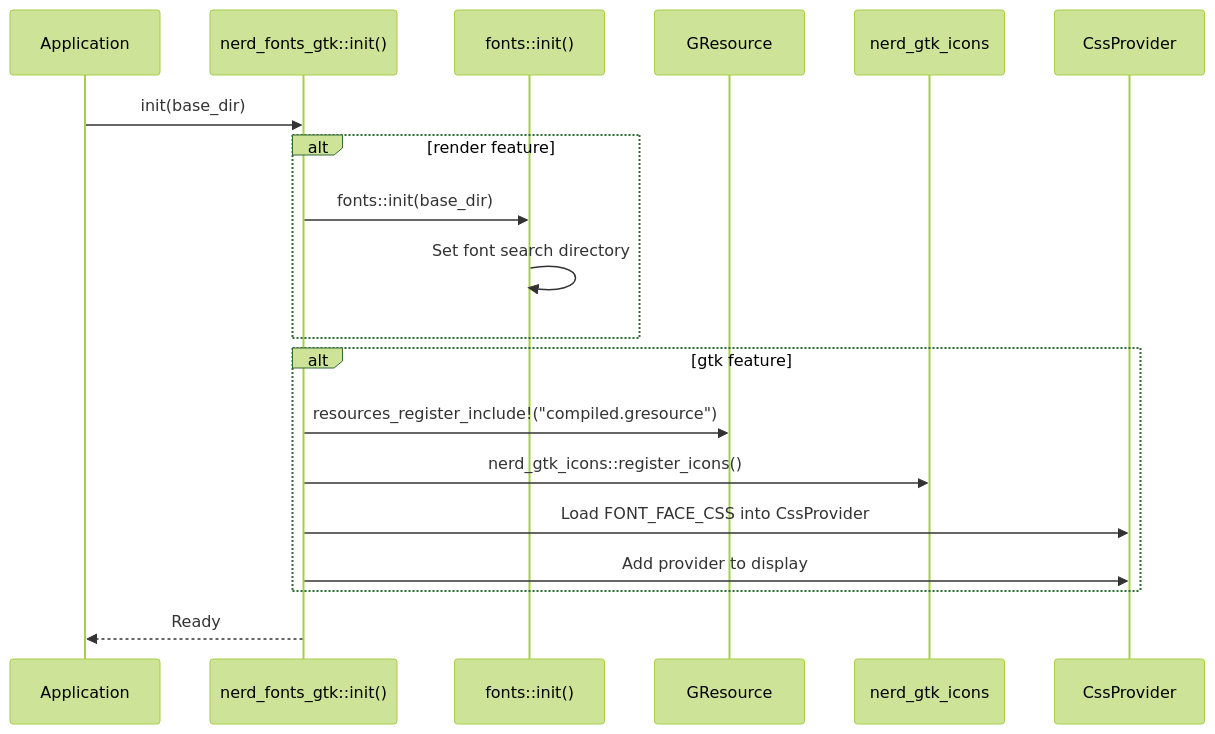
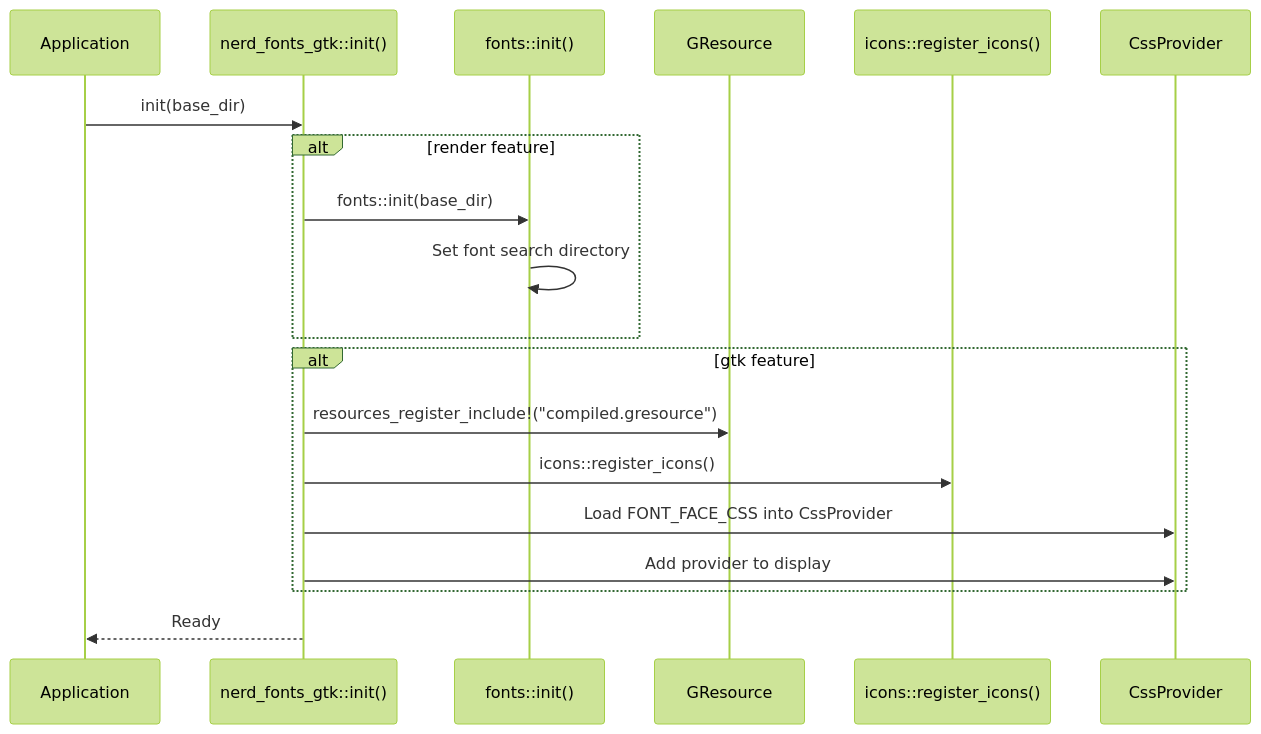
The first of 2 diagrams in book/src/architecture.md (smearor/fonts-rs), drawn with Mermaid (forest theme) before and after one commit. The commit also changed other lines of this file and 34 other files, not shown here.

````diff
--- a/book/src/architecture.md
+++ b/book/src/architecture.md
@@ -19,22 +19,22 @@
 ```mermaid
 sequenceDiagram
     participant App as Application
     participant Init as nerd_fonts_gtk::init()
     participant Fonts as fonts::init()
     participant GResource as GResource
-    participant Icons as nerd_gtk_icons
+    participant Icons as icons::register_icons()
     participant CSS as CssProvider
 
     App->>Init: init(base_dir)
     alt render feature
         Init->>Fonts: fonts::init(base_dir)
         Fonts->>Fonts: Set font search directory
     end
     alt gtk feature
         Init->>GResource: resources_register_include!("compiled.gresource")
-        Init->>Icons: nerd_gtk_icons::register_icons()
+        Init->>Icons: icons::register_icons()
         Init->>CSS: Load FONT_FACE_CSS into CssProvider
         Init->>CSS: Add provider to display
     end
     Init-->>App: Ready
 ```
````
